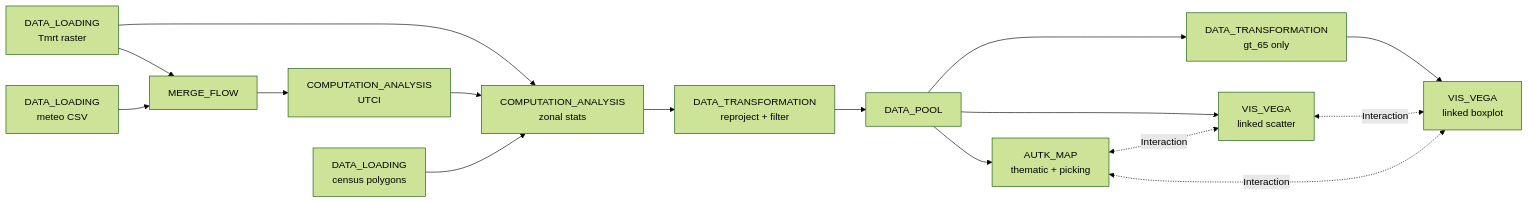
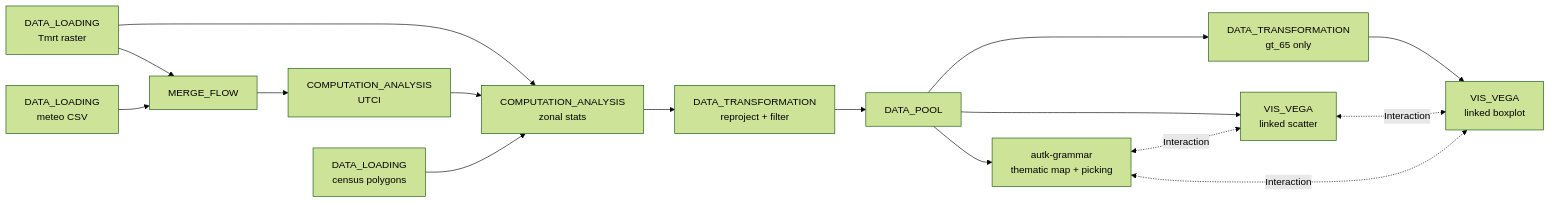
Before and after one commit to urban-toolkit/curio: the diagram in docs/examples/09-heterogeneous-data-linked-views.md, drawn with Mermaid (forest theme). The commit also changed other lines of this file and 6 other files, not shown here.

Commit message:
Sync docs for the autk-grammar consolidation

````diff
--- a/docs/examples/09-heterogeneous-data-linked-views.md
+++ b/docs/examples/09-heterogeneous-data-linked-views.md
@@ -10,21 +10,21 @@
 ```mermaid
 flowchart LR
   R[DATA_LOADING<br/>Tmrt raster]
   W[DATA_LOADING<br/>meteo CSV]
   S[DATA_LOADING<br/>census polygons]
 
   R --> MG[MERGE_FLOW]
   W --> MG --> U[COMPUTATION_ANALYSIS<br/>UTCI]
   R --> Z[COMPUTATION_ANALYSIS<br/>zonal stats]
   U --> Z
   S --> Z
   Z --> T[DATA_TRANSFORMATION<br/>reproject + filter] --> P[DATA_POOL]
 
-  P --> M[AUTK_MAP<br/>thematic + picking]
+  P --> M[autk-grammar<br/>thematic map + picking]
   P --> SC[VIS_VEGA<br/>linked scatter]
   P --> BX[DATA_TRANSFORMATION<br/>gt_65 only] --> BV[VIS_VEGA<br/>linked boxplot]
 
   M  <-. Interaction .-> SC
   SC <-. Interaction .-> BV
   M  <-. Interaction .-> BV
 ```
````
